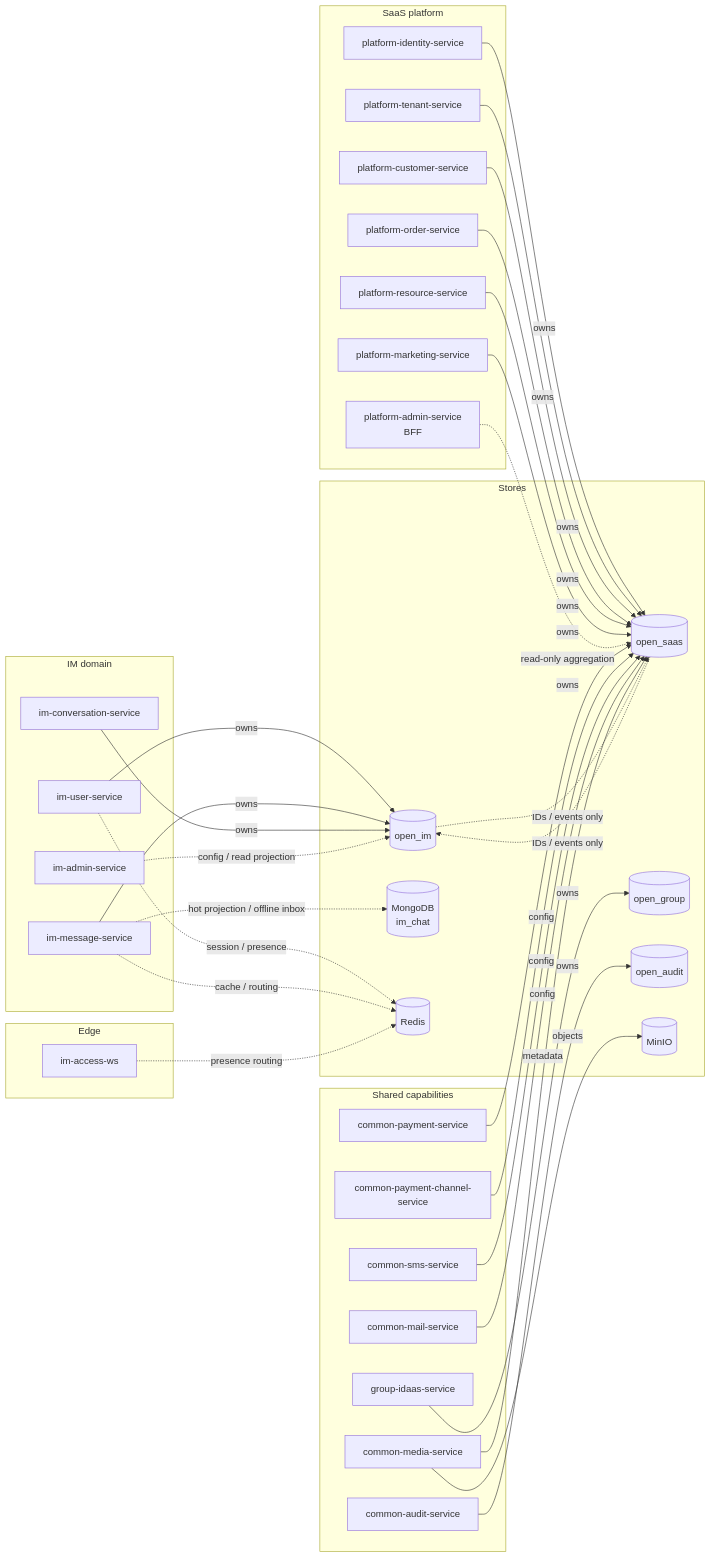
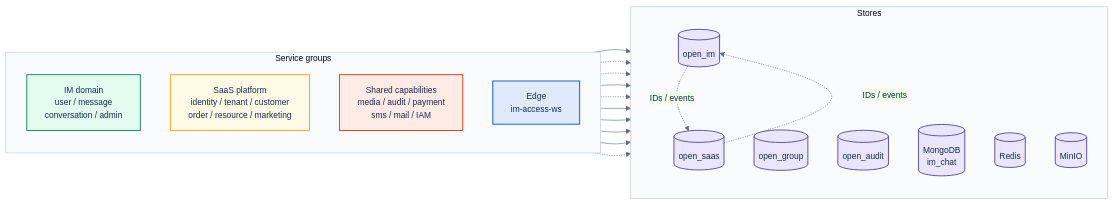
The diagram in docs/20-architecture/diagrams/04-data-ownership.en.md (openware-io/open-im-server), drawn with Mermaid before and after one commit. The commit also changed 17 other files, not shown here.

First line of the commit message:
docs(architecture): restyle the eight core diagrams with a shared visual language

````diff
--- a/docs/20-architecture/diagrams/04-data-ownership.en.md
+++ b/docs/20-architecture/diagrams/04-data-ownership.en.md
@@ -9,73 +9,43 @@
 ```mermaid
+%%{init: {"theme":"base","themeVariables":{"fontSize":"14px","primaryColor":"#E8F0FE","primaryTextColor":"#172B4D","primaryBorderColor":"#2563EB","lineColor":"#5E6C84","clusterBkg":"#FAFBFC","clusterBorder":"#C1C7D0"}}}%%
 flowchart LR
-  subgraph Edge["Edge"]
-    WS["im-access-ws"]
+  subgraph GROUPS["Service groups"]
+    direction TB
+    IM["IM domain<br/>user / message<br/>conversation / admin"]
+    SAAS["SaaS platform<br/>identity / tenant / customer<br/>order / resource / marketing"]
+    SHARED["Shared capabilities<br/>media / audit / payment<br/>sms / mail / IAM"]
+    EDGE["Edge<br/>im-access-ws"]
   end
-
-  subgraph IM["IM domain"]
-    USER["im-user-service"]
-    MSG["im-message-service"]
-    CONV["im-conversation-service"]
-    IMADM["im-admin-service"]
-  end
-
-  subgraph SaaS["SaaS platform"]
-    ID["platform-identity-service"]
-    TEN["platform-tenant-service"]
-    CUS["platform-customer-service"]
-    ORD["platform-order-service"]
-    RES["platform-resource-service"]
-    MKT["platform-marketing-service"]
-    PADM["platform-admin-service<br/>BFF"]
-  end
-
-  subgraph Shared["Shared capabilities"]
-    AUD["common-audit-service"]
-    MEDIA["common-media-service"]
-    PAY["common-payment-service"]
-    PAYCH["common-payment-channel-service"]
-    SMS["common-sms-service"]
-    MAIL["common-mail-service"]
-    IDAAS["group-idaas-service"]
-  end
-
-  subgraph Stores["Stores"]
+  subgraph STORES["Stores"]
+    direction TB
     IMDB[("open_im")]
     SADB[("open_saas")]
     GDB[("open_group")]
     ADB[("open_audit")]
     MONGO[("MongoDB<br/>im_chat")]
     REDIS[("Redis")]
     MINIO[("MinIO")]
   end
-
-  USER -->|"owns"| IMDB
-  MSG -->|"owns"| IMDB
-  CONV -->|"owns"| IMDB
-  IMADM -.->|"config / read projection"| IMDB
-
-  ID -->|"owns"| SADB
-  TEN -->|"owns"| SADB
-  CUS -->|"owns"| SADB
-  ORD -->|"owns"| SADB
-  RES -->|"owns"| SADB
-  MKT -->|"owns"| SADB
-  PADM -.->|"read-only aggregation"| SADB
-
-  AUD -->|"owns"| ADB
-  IDAAS -->|"owns"| GDB
-  PAY -->|"owns"| SADB
-  PAYCH -->|"config"| SADB
-  SMS -->|"config"| SADB
-  MAIL -->|"config"| SADB
-
-  MSG -.->|"hot projection / offline inbox"| MONGO
-  USER -.->|"session / presence"| REDIS
-  MSG -.->|"cache / routing"| REDIS
-  WS -.->|"presence routing"| REDIS
-  MEDIA -->|"metadata"| SADB
-  MEDIA -->|"objects"| MINIO
-
-  IMDB -.->|"IDs / events only"| SADB
-  SADB -.->|"IDs / events only"| IMDB
+  IM --> IMDB
+  IM -.-> MONGO
+  IM -.-> REDIS
+  SAAS --> SADB
+  SAAS -.-> REDIS
+  SHARED --> SADB
+  SHARED --> ADB
+  SHARED --> GDB
+  SHARED --> MINIO
+  EDGE -.-> REDIS
+  IMDB -.->|"IDs / events"| SADB
+  SADB -.->|"IDs / events"| IMDB
+  classDef im fill:#E3FCEF,stroke:#00875A,color:#172B4D,stroke-width:1.5px
+  classDef saas fill:#FFFAE6,stroke:#FF991F,color:#172B4D,stroke-width:1.5px
+  classDef shared fill:#FFEBE6,stroke:#DE350B,color:#172B4D,stroke-width:1.5px
+  classDef edge fill:#DEEBFF,stroke:#0052CC,color:#172B4D,stroke-width:1.5px
+  classDef store fill:#EAE6FF,stroke:#5243AA,color:#172B4D,stroke-width:1.5px
+  class IM im
+  class SAAS saas
+  class SHARED shared
+  class EDGE edge
+  class IMDB,SADB,GDB,ADB,MONGO,REDIS,MINIO store
 ```
````
